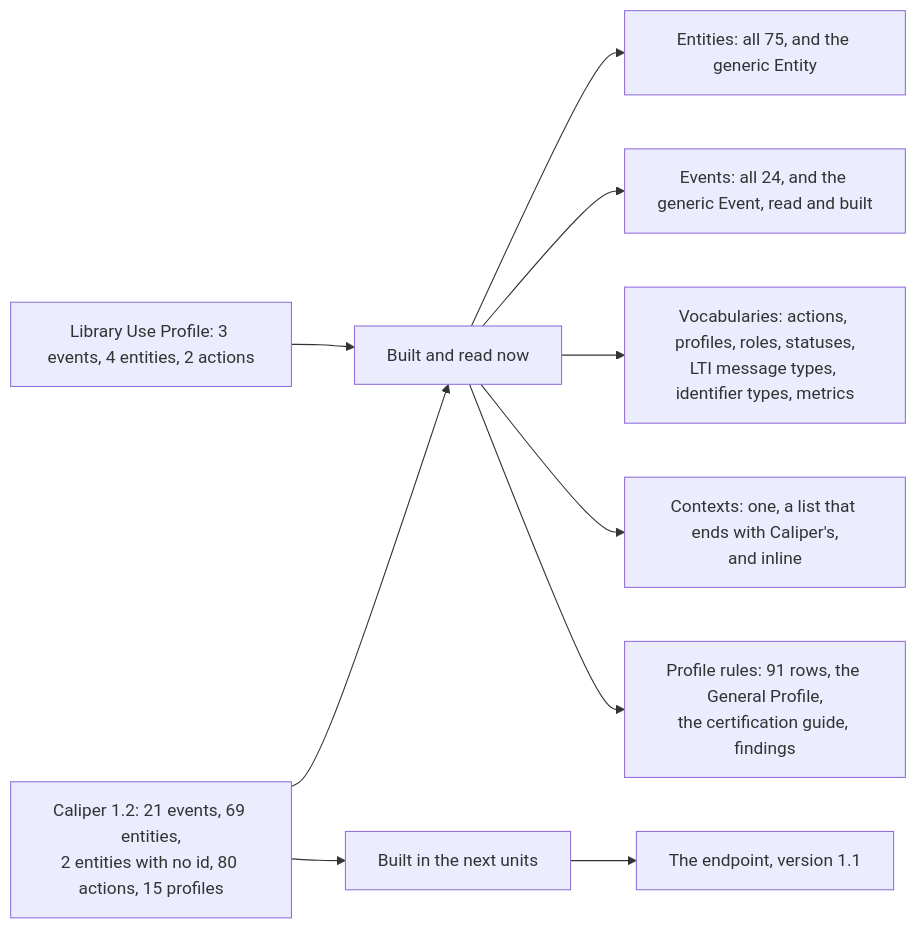
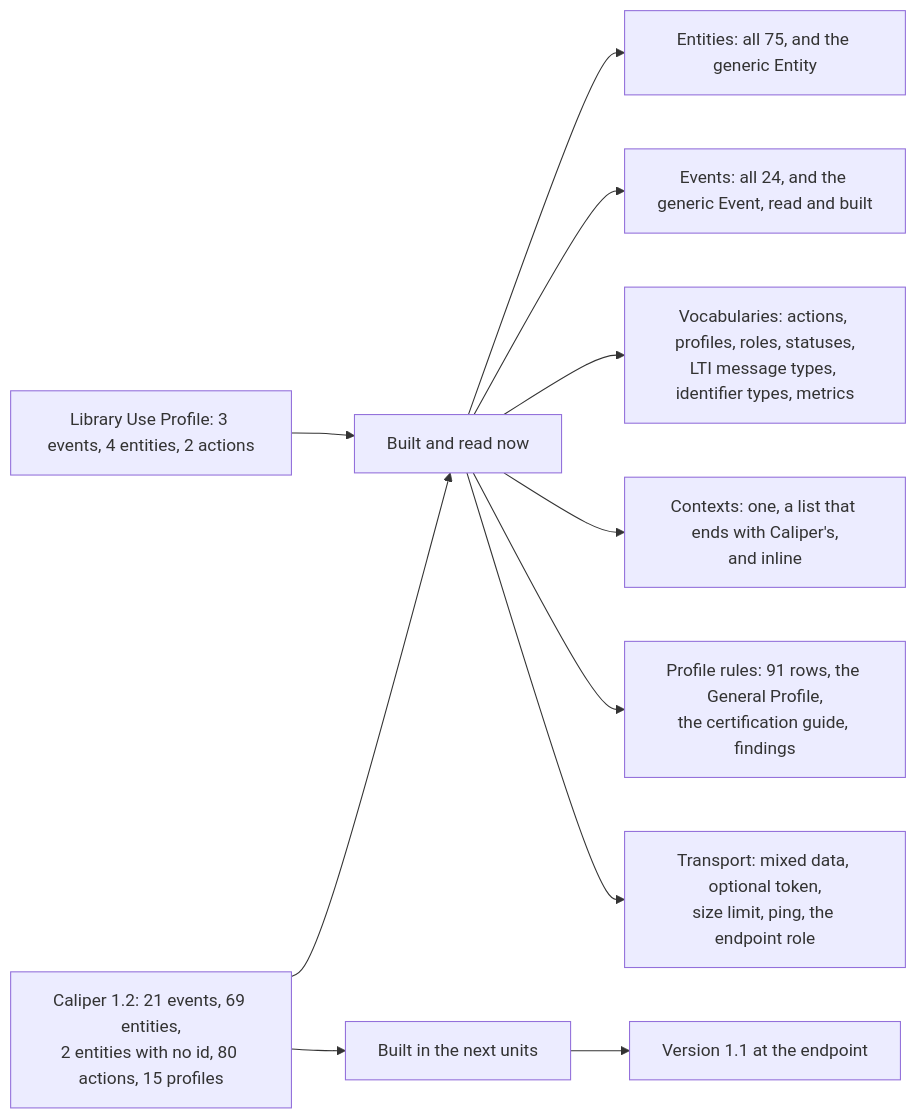
Before and after one commit to interopkit/interopkit: the diagram in docs/learning-analytics/supported.md, drawn with Mermaid. The commit also changed other lines of this file and 51 other files, not shown here.

````diff
--- a/docs/learning-analytics/supported.md
+++ b/docs/learning-analytics/supported.md
@@ -6,12 +6,13 @@
 ```mermaid
 flowchart LR
   spec["Caliper 1.2: 21 events, 69 entities,<br/>2 entities with no id, 80 actions, 15 profiles"] --> have["Built and read now"]
   spec --> next["Built in the next units"]
   lib["Library Use Profile: 3 events, 4 entities, 2 actions"] --> have
   have --> entityNode["Entities: all 75, and the generic Entity"]
   have --> eventNode["Events: all 24, and the generic Event, read and built"]
   have --> vocab["Vocabularies: actions, profiles, roles, statuses,<br/>LTI message types, identifier types, metrics"]
   have --> ctx["Contexts: one, a list that ends with Caliper's,<br/>and inline"]
   have --> prof["Profile rules: 91 rows, the General Profile,<br/>the certification guide, findings"]
-  next --> later["The endpoint, version 1.1"]
+  have --> wire["Transport: mixed data, optional token,<br/>size limit, ping, the endpoint role"]
+  next --> later["Version 1.1 at the endpoint"]
 ```
````
